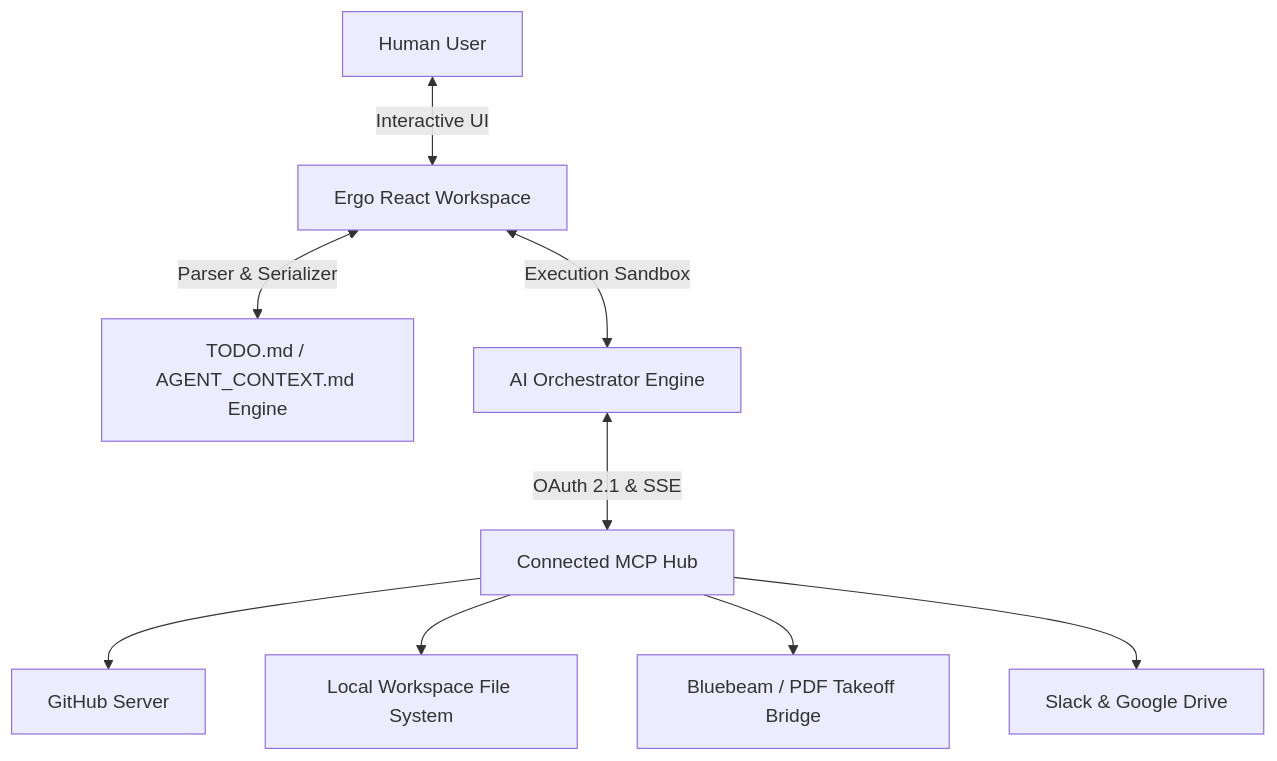
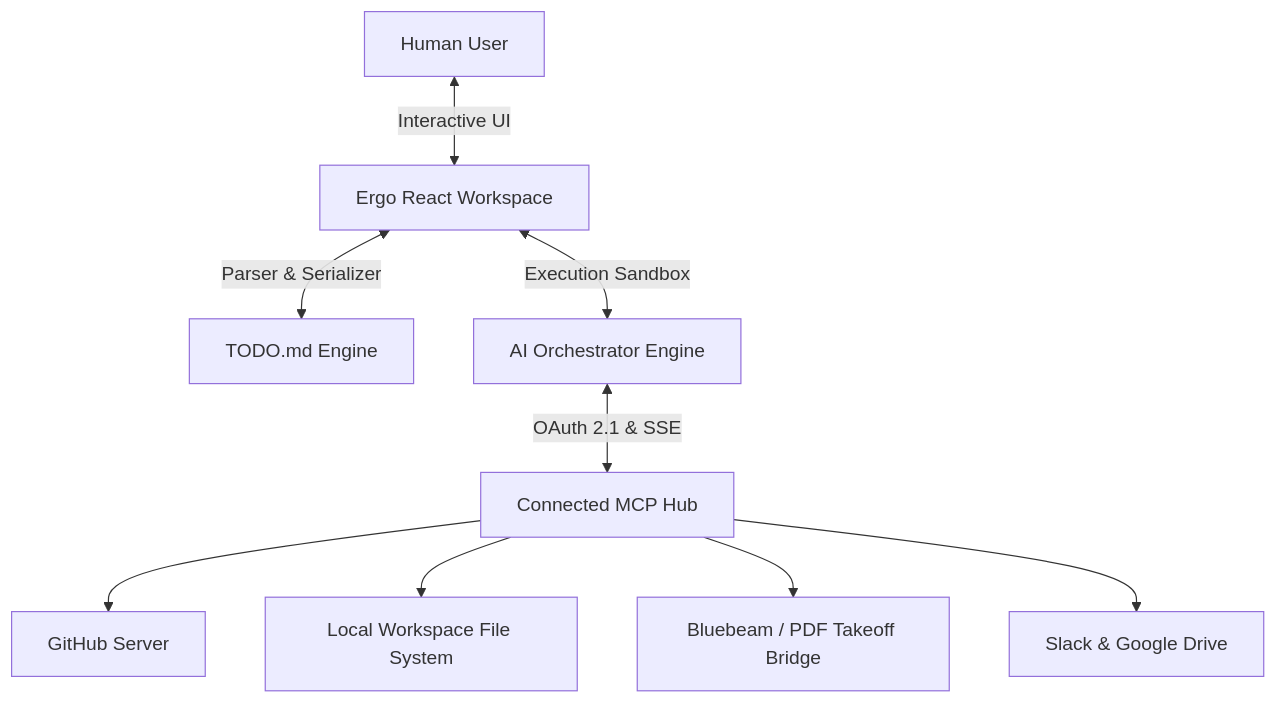
The diagram in docs/ergo_implementation_walkthrough.md (KonurPapa/ergo), drawn with Mermaid before and after one commit. The commit also changed other lines of this file and 69 other files, not shown here.

````diff
--- a/docs/ergo_implementation_walkthrough.md
+++ b/docs/ergo_implementation_walkthrough.md
@@ -39,11 +39,11 @@
 ```mermaid
 graph TD
     A[Human User] <-->|Interactive UI| B[Ergo React Workspace]
-    B <-->|Parser & Serializer| C[TODO.md / AGENT_CONTEXT.md Engine]
+    B <-->|Parser & Serializer| C[TODO.md Engine]
     B <-->|Execution Sandbox| D[AI Orchestrator Engine]
     D <-->|OAuth 2.1 & SSE| E[Connected MCP Hub]
     E --> F[GitHub Server]
     E --> G[Local Workspace File System]
     E --> H[Bluebeam / PDF Takeoff Bridge]
     E --> I[Slack & Google Drive]
 ```
````
